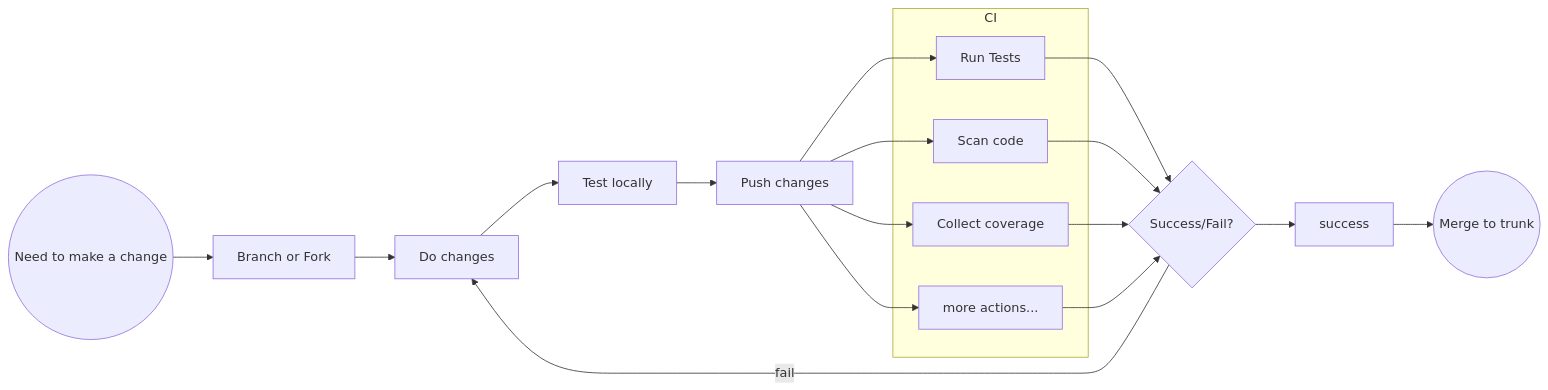
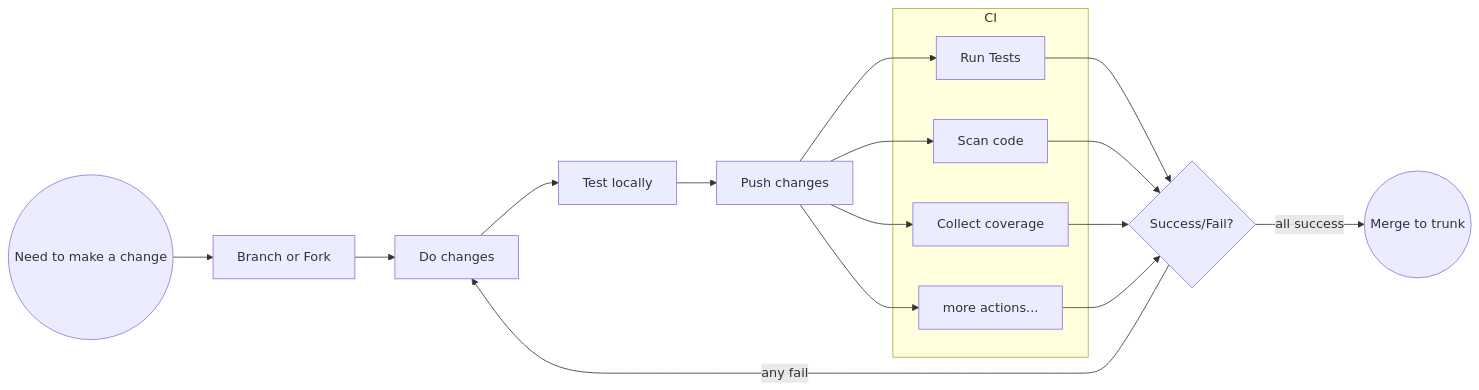
The diagram in docs/techniques/continuous-integration.md (nds-swe/swdt), drawn with Mermaid before and after one commit. The commit also changed 3 other files, not shown here.

````diff
--- a/docs/techniques/continuous-integration.md
+++ b/docs/techniques/continuous-integration.md
@@ -13,30 +13,30 @@
 ```mermaid
 graph LR
     change((Need to make a change))
     branch[Branch or Fork]
     change --> branch
     changes[Do changes]
     branch --> changes
     testLocally[Test locally]
     changes --> testLocally
     push[Push changes]
     testLocally --> push
     push --> unitTests
     push --> scan
     push --> coverage
     push --> more
     subgraph CI
     unitTests[Run Tests]
     scan[Scan code]
     coverage[Collect coverage]
     more[more actions...]
     end
     result{Success/Fail?}
     unitTests --> result
     scan --> result
     coverage --> result
     more --> result
-    result -- fail --> changes
+    result -- any fail --> changes
     merge((Merge to trunk))
-    result --> success --> merge
+    result -- all success --> merge
 ```
````
